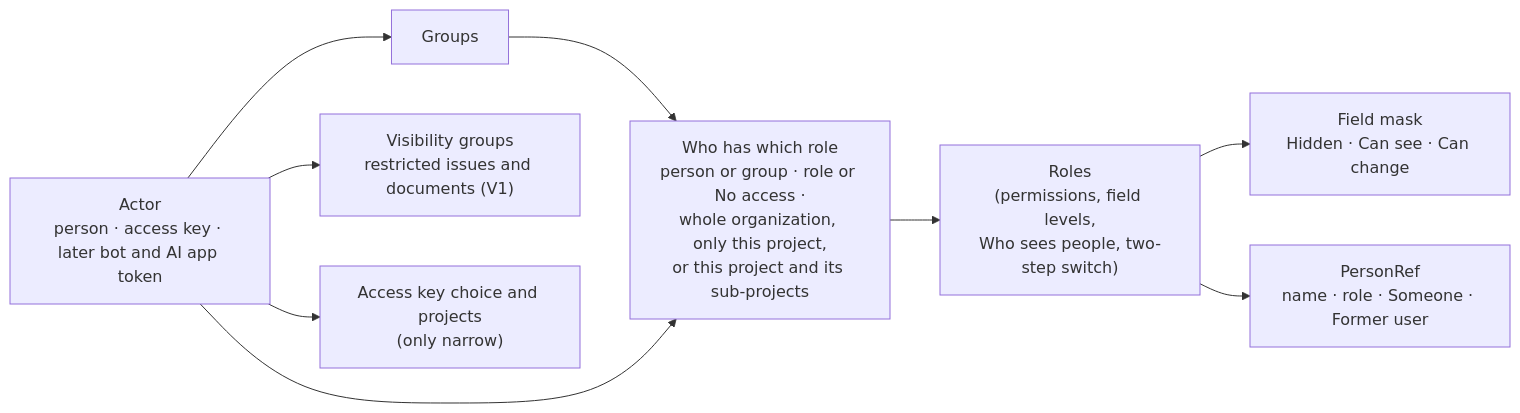
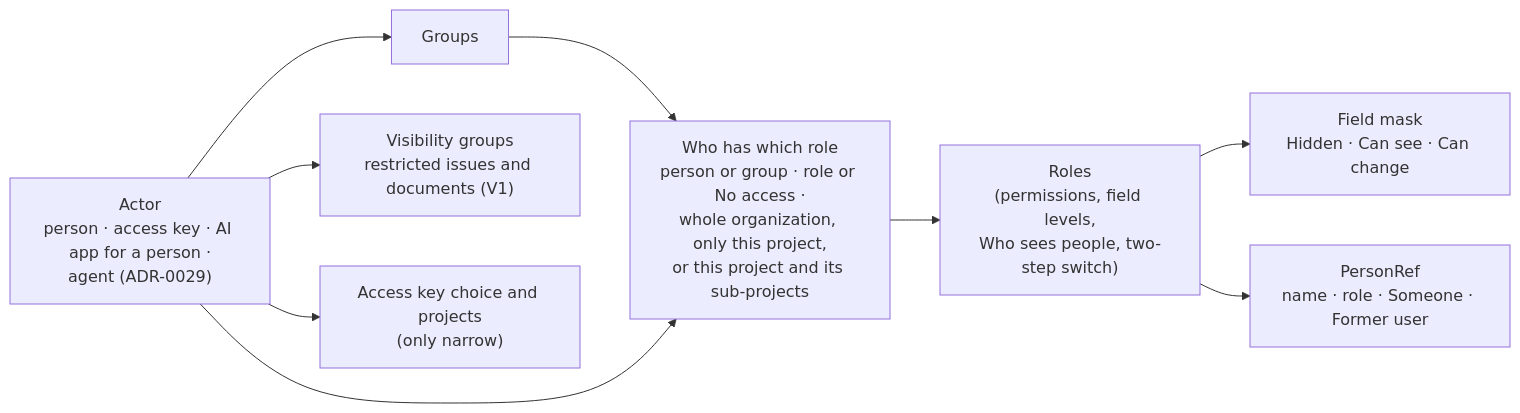
Before and after one commit to Nusi42/Bugaboo: the first of 2 diagrams in docs/architecture/07-cross-cutting.md, drawn with Mermaid. The commit also changed other lines of this file and 9 other files, not shown here.

````diff
--- a/docs/architecture/07-cross-cutting.md
+++ b/docs/architecture/07-cross-cutting.md
@@ -50,17 +50,17 @@
 ```mermaid
 flowchart LR
-  actor["Actor<br/>person · access key · later bot and AI app token"]
+  actor["Actor<br/>person · access key · AI app for a person ·<br/>agent (ADR-0029)"]
   groups["Groups"]
   assign["Who has which role<br/>person or group · role or No access ·<br/>whole organization, only this project,<br/>or this project and its sub-projects"]
   roles["Roles<br/>(permissions, field levels,<br/>Who sees people, two-step switch)"]
   fieldp["Field mask<br/>Hidden · Can see · Can change"]
   people["PersonRef<br/>name · role · Someone · Former user"]
   vis["Visibility groups<br/>restricted issues and documents (V1)"]
   scopes["Access key choice and projects<br/>(only narrow)"]
   actor --> groups --> assign
   actor --> assign
   assign --> roles --> fieldp
   roles --> people
   actor --> vis
   actor --> scopes
 ```
````
